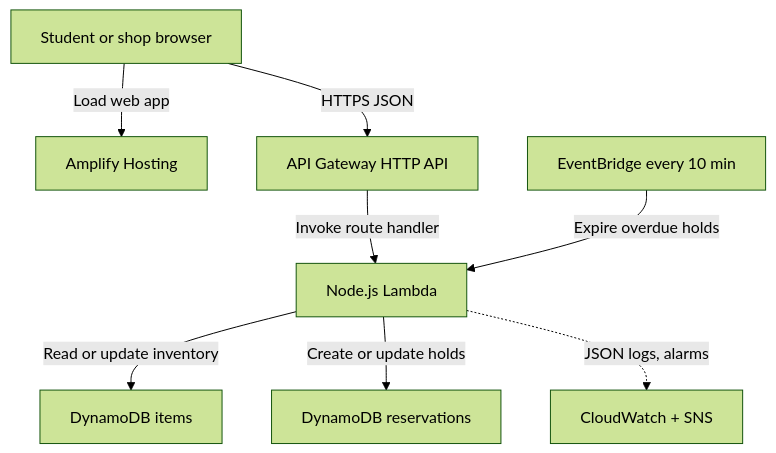
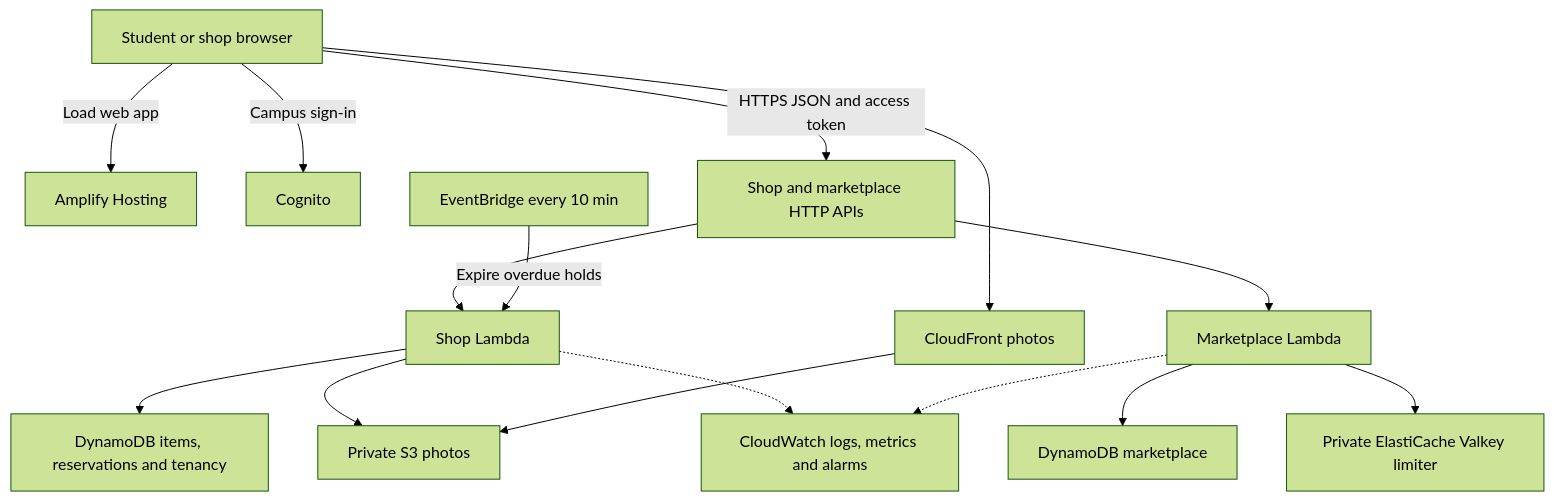
The diagram in docs/submission/aws-build-summary.md (StackOverHack-Hub/Astrashop), drawn with Mermaid (forest theme) before and after one commit. The commit also changed other lines of this file and 3 other files, not shown here.

````diff
--- a/docs/submission/aws-build-summary.md
+++ b/docs/submission/aws-build-summary.md
@@ -5,10 +5,17 @@
 ```mermaid
 flowchart TD
     Browser[Student or shop browser] -->|Load web app| Hosting[Amplify Hosting]
-    Browser -->|HTTPS JSON| Api[API Gateway HTTP API]
-    Api -->|Invoke route handler| Lambda["Node.js Lambda"]
-    Lambda -->|Read or update inventory| Items[DynamoDB items]
-    Lambda -->|Create or update holds| Holds[DynamoDB reservations]
-    Schedule[EventBridge every 10 min] -->|Expire overdue holds| Lambda
-    Lambda -.->|JSON logs, alarms| Watch[CloudWatch + SNS]
+    Browser -->|Campus sign-in| Cognito[Cognito]
+    Browser -->|HTTPS JSON and access token| Api[Shop and marketplace HTTP APIs]
+    Api --> Shop[Shop Lambda]
+    Api --> Market[Marketplace Lambda]
+    Shop --> Items[DynamoDB items, reservations and tenancy]
+    Market --> Offers[DynamoDB marketplace]
+    Market --> Limits[Private ElastiCache Valkey limiter]
+    Shop --> Photos[Private S3 photos]
+    Browser --> CDN[CloudFront photos]
+    CDN --> Photos
+    Schedule[EventBridge every 10 min] -->|Expire overdue holds| Shop
+    Shop -.-> Watch[CloudWatch logs, metrics and alarms]
+    Market -.-> Watch
 ```
````
